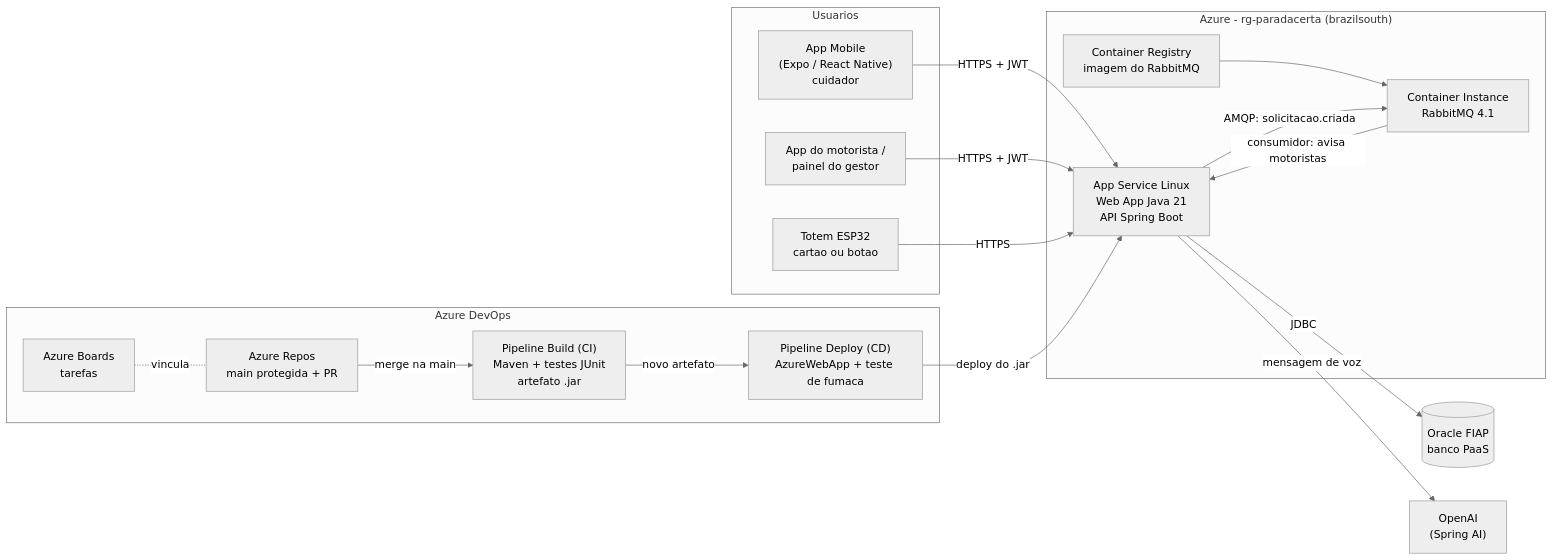
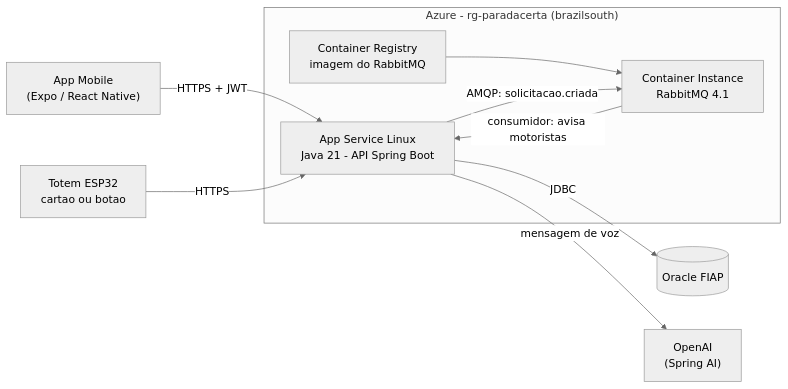
One commit to Malualvess-dev/GlobalSolution_CitizenTech changed the diagram in README.md. Above: the diagram before and after it, drawn with Mermaid (neutral theme). The commit also changed other lines of this file and 1 other file, not shown here.

Commit message:
docs: links da entrega e deploy sem Azure DevOps no README

````diff
--- a/README.md
+++ b/README.md
@@ -490,36 +500,22 @@
 ```mermaid
 flowchart LR
-    subgraph Usuarios
-        APP["App Mobile<br/>(Expo / React Native)<br/>cuidador"]
-        MOT["App do motorista /<br/>painel do gestor"]
-        TOT["Totem ESP32<br/>cartao ou botao"]
-    end
-
-    subgraph DevOps["Azure DevOps"]
-        BOARDS["Azure Boards<br/>tarefas"]
-        REPOS["Azure Repos<br/>main protegida + PR"]
-        CI["Pipeline Build (CI)<br/>Maven + testes JUnit<br/>artefato .jar"]
-        CD["Pipeline Deploy (CD)<br/>AzureWebApp + teste de fumaca"]
-        BOARDS -. vincula .- REPOS
-        REPOS -- merge na main --> CI -- novo artefato --> CD
-    end
+    APP["App Mobile<br/>(Expo / React Native)"]
+    TOT["Totem ESP32<br/>cartao ou botao"]
 
     subgraph Azure["Azure - rg-paradacerta (brazilsouth)"]
-        WEB["App Service Linux<br/>Web App Java 21<br/>API Spring Boot"]
+        WEB["App Service Linux<br/>Java 21 - API Spring Boot"]
         ACR["Container Registry<br/>imagem do RabbitMQ"]
         ACI["Container Instance<br/>RabbitMQ 4.1"]
         ACR --> ACI
     end
 
-    ORA[("Oracle FIAP<br/>banco PaaS")]
+    ORA[("Oracle FIAP")]
     OAI["OpenAI<br/>(Spring AI)"]
 
     APP -- "HTTPS + JWT" --> WEB
-    MOT -- "HTTPS + JWT" --> WEB
     TOT -- HTTPS --> WEB
     WEB -- JDBC --> ORA
     WEB -- "AMQP: solicitacao.criada" --> ACI
     ACI -- "consumidor: avisa motoristas" --> WEB
     WEB -- "mensagem de voz" --> OAI
-    CD -- deploy do .jar --> WEB
 ```
````
